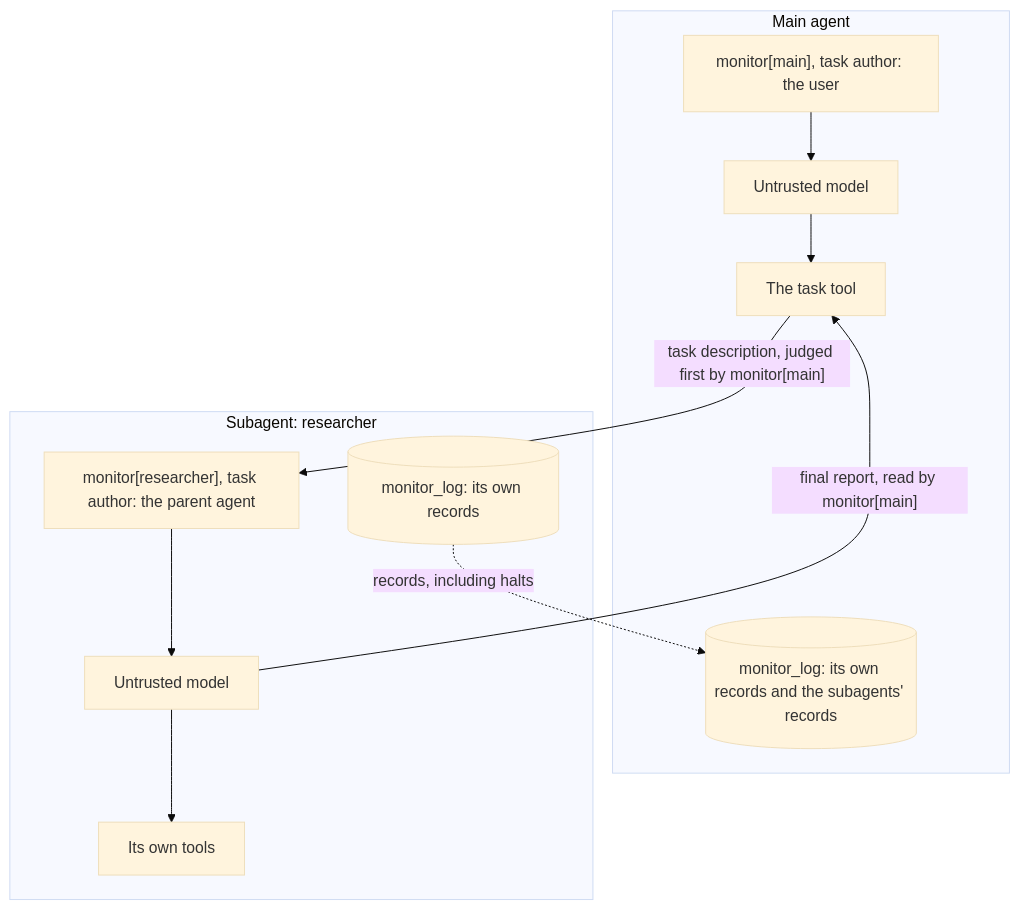
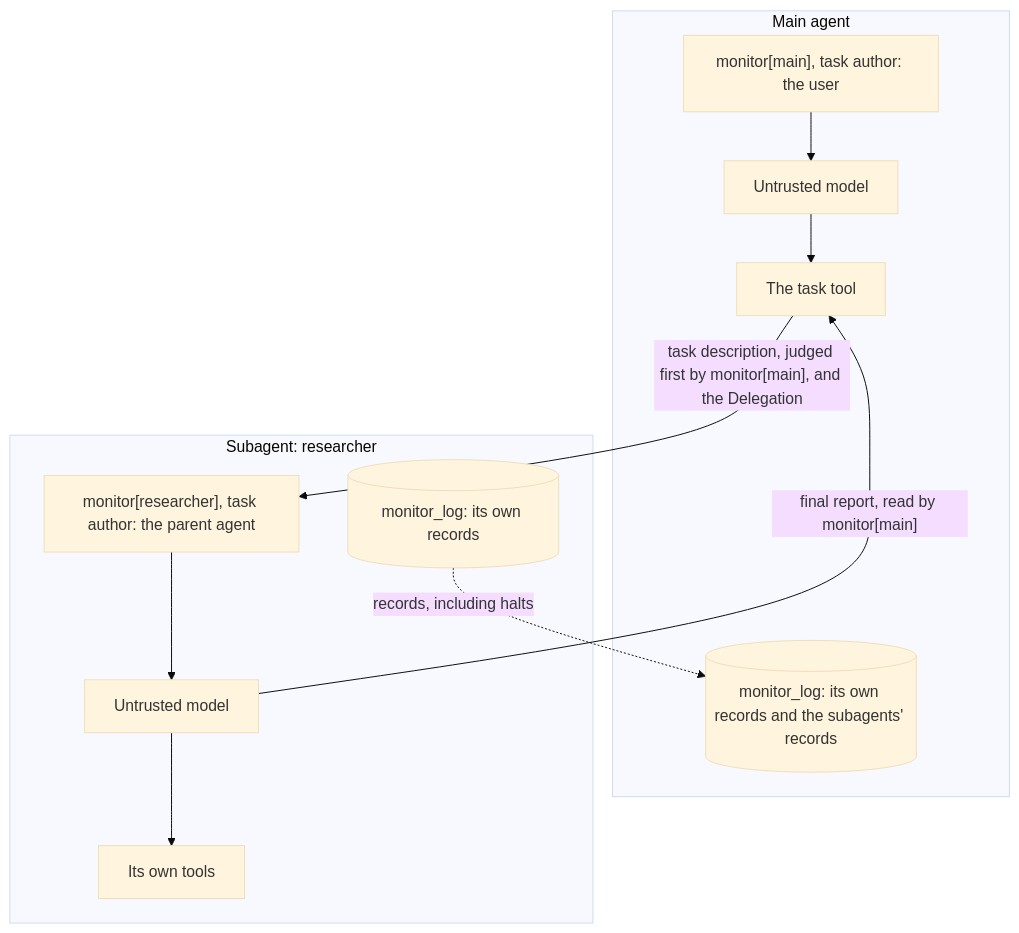
The ninth of 11 diagrams in docs/explanation/design.md (omamori-lab/langchain-sync-monitors), drawn with Mermaid (base theme) before and after one commit. The commit also changed other lines of this file, not shown here.

First line of the commit message:
Document the thread-wide block total and subagent delegation ids

````diff
--- a/docs/explanation/design.md
+++ b/docs/explanation/design.md
@@ -458,16 +469,16 @@
 ```mermaid
 flowchart TD
     subgraph parent ["Main agent"]
         mainMonitor["monitor[main], task author: the user"] --> mainModel["Untrusted model"]
         mainModel --> taskTool["The task tool"]
         mainLog[("monitor_log: its own records and the subagents' records")]
     end
     subgraph child ["Subagent: researcher"]
         subMonitor["monitor[researcher], task author: the parent agent"] --> subModel["Untrusted model"]
         subModel --> subTools["Its own tools"]
         subLog[("monitor_log: its own records")]
     end
-    taskTool -- "task description, judged first by monitor[main]" --> subMonitor
+    taskTool -- "task description, judged first by monitor[main], and the Delegation" --> subMonitor
     subModel -- "final report, read by monitor[main]" --> taskTool
     subLog -. "records, including halts" .-> mainLog
 ```
````
